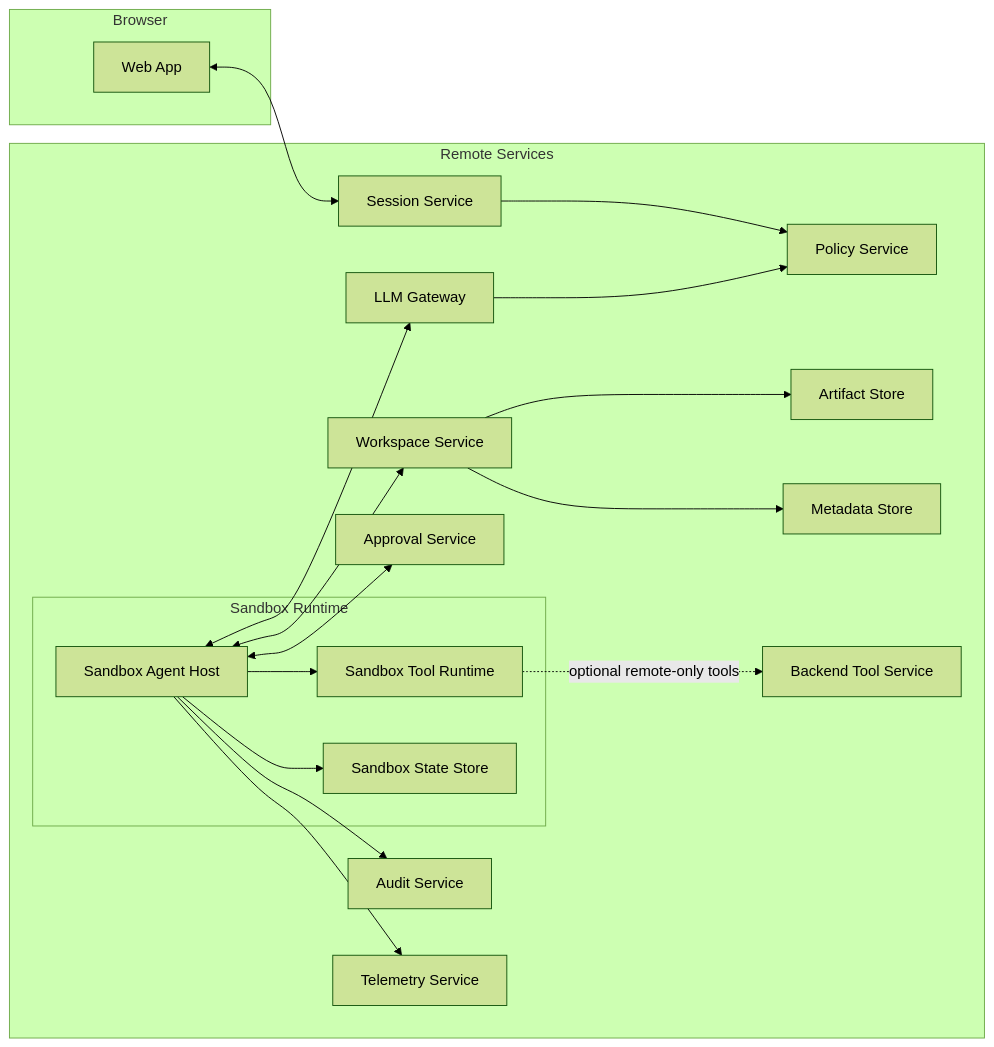
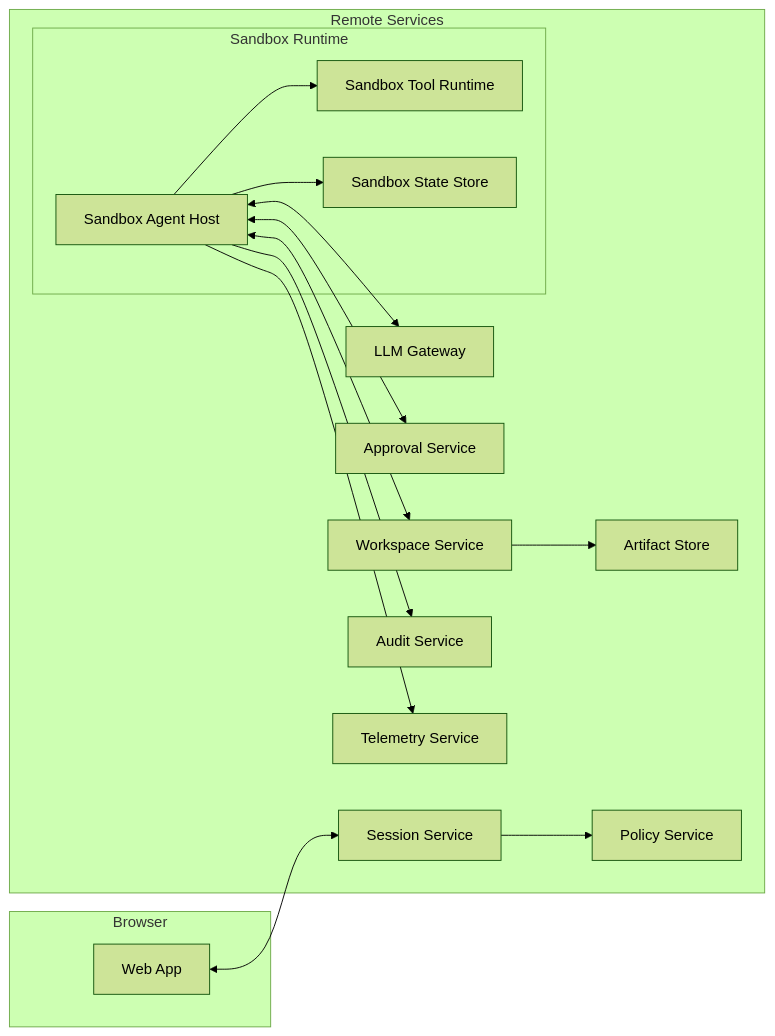
One commit to suman724/local-agent-loop changed the sixth of 6 diagrams in local-agent-loop-design.md. Above: the diagram before and after it, drawn with Mermaid (forest theme). The commit also changed other lines of this file and 7 other files, not shown here.

````diff
--- a/local-agent-loop-design.md
+++ b/local-agent-loop-design.md
@@ -1357,41 +677,34 @@
 ```mermaid
 flowchart LR
   subgraph Browser["Browser"]
     WebApp["Web App"]
   end
 
   subgraph RemoteServices["Remote Services"]
     SessionService["Session Service"]
     LLMGateway["LLM Gateway"]
     PolicyService["Policy Service"]
     ApprovalService["Approval Service"]
     WorkspaceService["Workspace Service"]
-    ArtifactStore["Artifact Store"]
-    MetadataStore["Metadata Store"]
     AuditService["Audit Service"]
     TelemetryService["Telemetry Service"]
-    BackendToolService["Backend Tool Service"]
 
     subgraph SandboxRuntime["Sandbox Runtime"]
       SandboxAgentHost["Sandbox Agent Host"]
       SandboxToolRuntime["Sandbox Tool Runtime"]
       SandboxStateStore["Sandbox State Store"]
-
       SandboxAgentHost --> SandboxToolRuntime
       SandboxAgentHost --> SandboxStateStore
     end
 
     SessionService --> PolicyService
-    WorkspaceService --> ArtifactStore
-    WorkspaceService --> MetadataStore
-    LLMGateway --> PolicyService
+    WorkspaceService --> ArtifactStore["Artifact Store"]
   end
 
   WebApp <--> SessionService
   SandboxAgentHost <--> LLMGateway
   SandboxAgentHost <--> ApprovalService
   SandboxAgentHost <--> WorkspaceService
   SandboxAgentHost --> AuditService
   SandboxAgentHost --> TelemetryService
-  SandboxToolRuntime -. "optional remote-only tools" .-> BackendToolService
 ```
````
